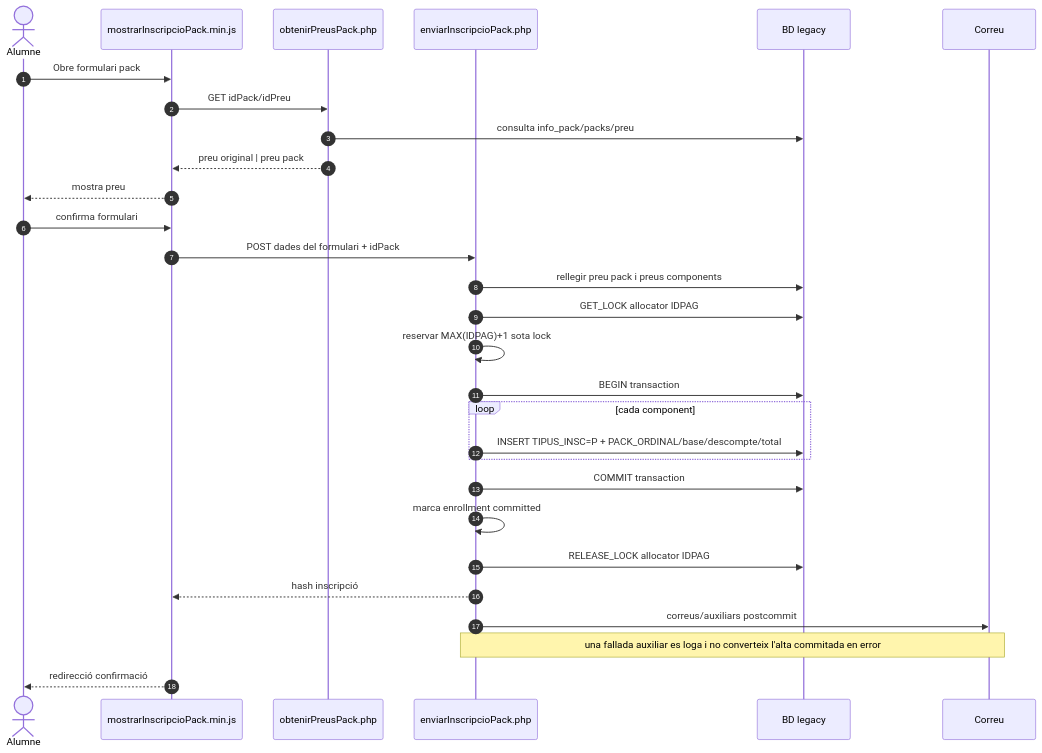
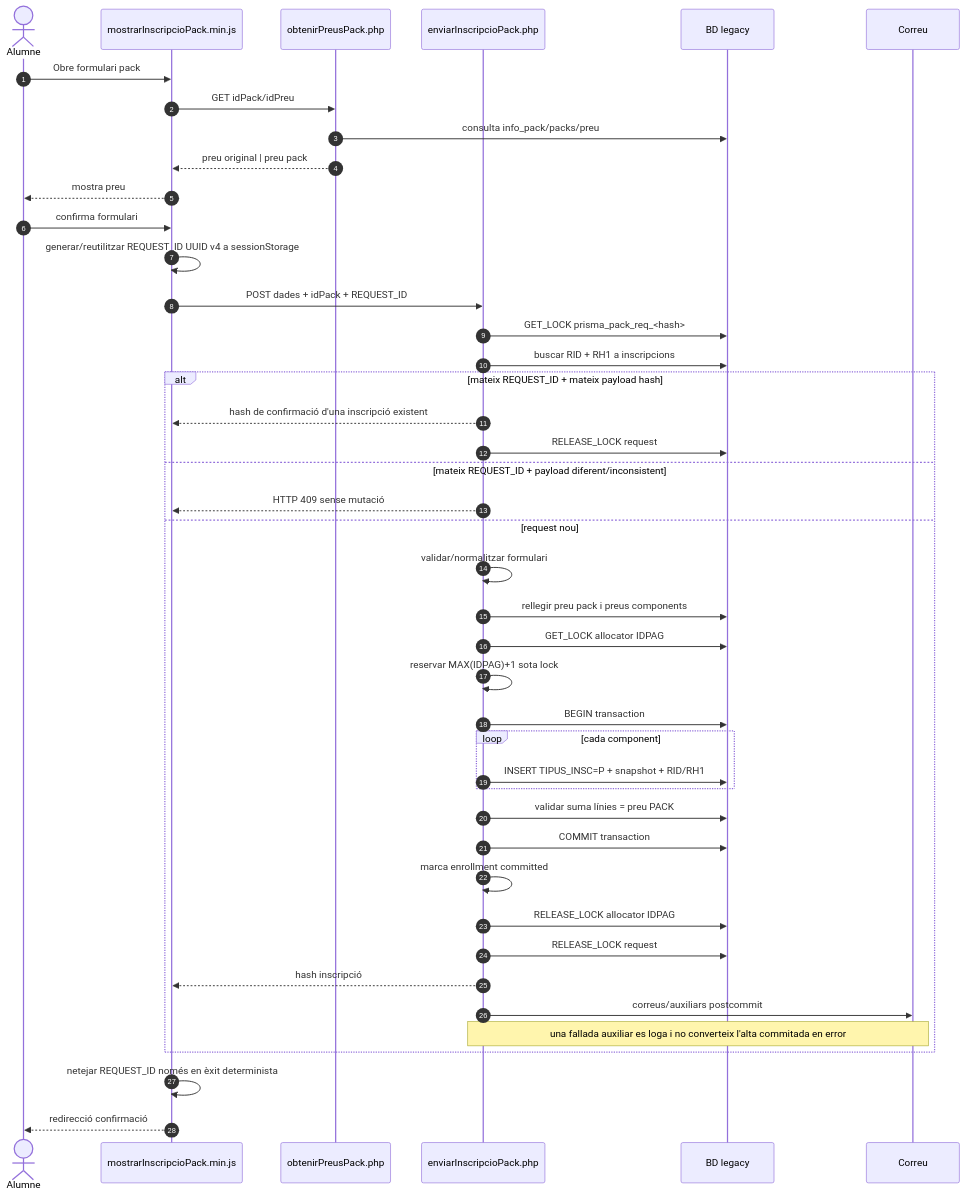
The first of 5 diagrams in documentacio/07-uml-integrat/uc-015-sequencies-actual-final.md (orgmeriemprismacat-del/verifactu), drawn with Mermaid before and after one commit. The commit also changed other lines of this file, not shown here.

Commit message:
docs(UC-015): dibuixar replay idempotent a la sequencia web

````diff
--- a/documentacio/07-uml-integrat/uc-015-sequencies-actual-final.md
+++ b/documentacio/07-uml-integrat/uc-015-sequencies-actual-final.md
@@ -7,32 +7,46 @@
 ```mermaid
 sequenceDiagram
 autonumber
 actor U as Alumne
 participant JS as mostrarInscripcioPack.min.js
 participant Price as obtenirPreusPack.php
 participant Alta as enviarInscripcioPack.php
 participant DB as BD legacy
 participant Mail as Correu
 
 U->>JS: Obre formulari pack
 JS->>Price: GET idPack/idPreu
 Price->>DB: consulta info_pack/packs/preu
 Price-->>JS: preu original | preu pack
 JS-->>U: mostra preu
 U->>JS: confirma formulari
-JS->>Alta: POST dades del formulari + idPack
-Alta->>DB: rellegir preu pack i preus components
-Alta->>DB: GET_LOCK allocator IDPAG
-Alta->>Alta: reservar MAX(IDPAG)+1 sota lock
-Alta->>DB: BEGIN transaction
-loop cada component
- Alta->>DB: INSERT TIPUS_INSC=P + PACK_ORDINAL/base/descompte/total
+JS->>JS: generar/reutilitzar REQUEST_ID UUID v4 a sessionStorage
+JS->>Alta: POST dades + idPack + REQUEST_ID
+Alta->>DB: GET_LOCK prisma_pack_req_<hash>
+Alta->>DB: buscar RID + RH1 a inscripcions
+alt mateix REQUEST_ID + mateix payload hash
+ Alta-->>JS: hash de confirmació d'una inscripció existent
+ Alta->>DB: RELEASE_LOCK request
+else mateix REQUEST_ID + payload diferent/inconsistent
+ Alta-->>JS: HTTP 409 sense mutació
+else request nou
+ Alta->>Alta: validar/normalitzar formulari
+ Alta->>DB: rellegir preu pack i preus components
+ Alta->>DB: GET_LOCK allocator IDPAG
+ Alta->>Alta: reservar MAX(IDPAG)+1 sota lock
+ Alta->>DB: BEGIN transaction
+ loop cada component
+  Alta->>DB: INSERT TIPUS_INSC=P + snapshot + RID/RH1
+ end
+ Alta->>DB: validar suma línies = preu PACK
+ Alta->>DB: COMMIT transaction
+ Alta->>Alta: marca enrollment committed
+ Alta->>DB: RELEASE_LOCK allocator IDPAG
+ Alta->>DB: RELEASE_LOCK request
+ Alta-->>JS: hash inscripció
+ Alta->>Mail: correus/auxiliars postcommit
+ Note over Alta,Mail: una fallada auxiliar es loga i no converteix l'alta commitada en error
 end
-Alta->>DB: COMMIT transaction
-Alta->>Alta: marca enrollment committed
-Alta->>DB: RELEASE_LOCK allocator IDPAG
-Alta-->>JS: hash inscripció
-Alta->>Mail: correus/auxiliars postcommit
-Note over Alta,Mail: una fallada auxiliar es loga i no converteix l'alta commitada en error
+JS->>JS: netejar REQUEST_ID només en èxit determinista
 JS-->>U: redirecció confirmació
 ```
````
